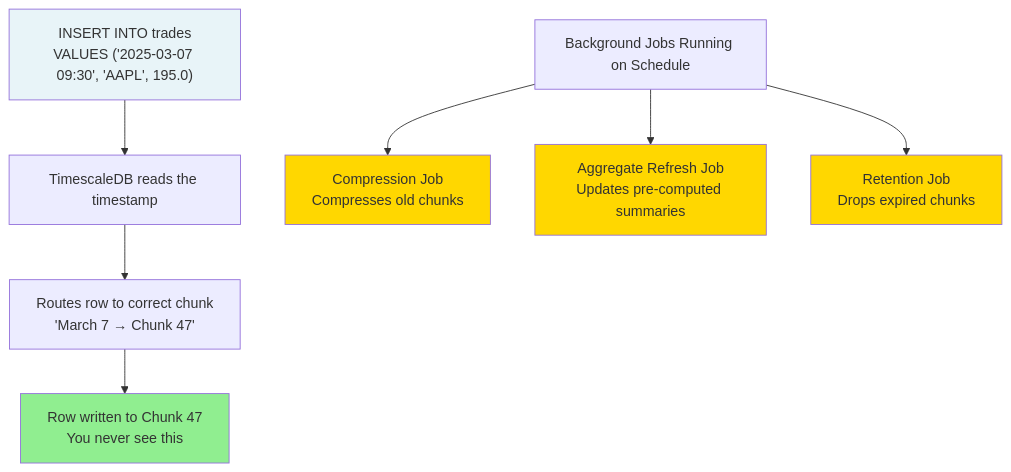
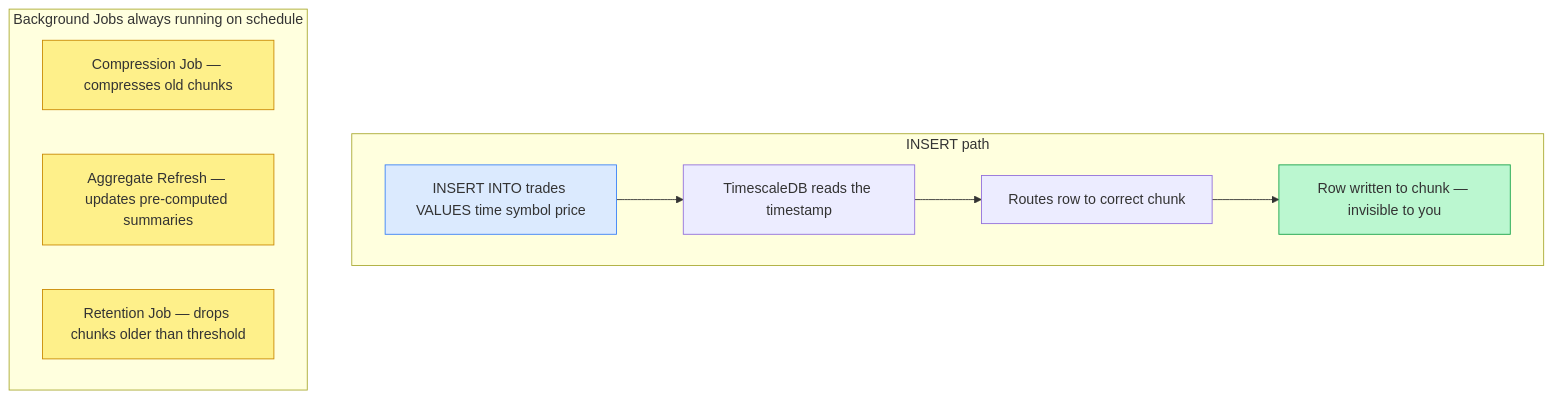
One commit to mjameer/RareLearning changed the third of 8 diagrams in DB/TimeScaleDb.md. Above: the diagram before and after it, drawn with Mermaid. The commit also changed other lines of this file, not shown here.

````diff
--- a/DB/TimeScaleDb.md
+++ b/DB/TimeScaleDb.md
@@ -213,18 +231,22 @@
 ```mermaid
-flowchart TD
-    A["INSERT INTO trades\nVALUES ('2025-03-07 09:30', 'AAPL', 195.0)"]
-    A --> B["TimescaleDB reads the timestamp"]
-    B --> C["Routes row to correct chunk\n'March 7 → Chunk 47'"]
-    C --> D["Row written to Chunk 47\nYou never see this"]
+graph TD
+    subgraph INSERT path
+        A["INSERT INTO trades VALUES time symbol price"]
+        B["TimescaleDB reads the timestamp"]
+        C["Routes row to correct chunk"]
+        D["Row written to chunk — invisible to you"]
+        A --> B --> C --> D
+    end
 
-    E["Background Jobs Running on Schedule"]
-    E --> F["Compression Job\nCompresses old chunks"]
-    E --> G["Aggregate Refresh Job\nUpdates pre-computed summaries"]
-    E --> H["Retention Job\nDrops expired chunks"]
+    subgraph Background Jobs always running on schedule
+        E["Compression Job — compresses old chunks"]
+        F["Aggregate Refresh — updates pre-computed summaries"]
+        G["Retention Job — drops chunks older than threshold"]
+    end
 
-    style A fill:#e8f4f8
-    style D fill:#90EE90
-    style F fill:#ffd700
-    style G fill:#ffd700
-    style H fill:#ffd700
+    style A fill:#dbeafe,stroke:#3b82f6
+    style D fill:#bbf7d0,stroke:#16a34a
+    style E fill:#fef08a,stroke:#ca8a04
+    style F fill:#fef08a,stroke:#ca8a04
+    style G fill:#fef08a,stroke:#ca8a04
 ```
````
